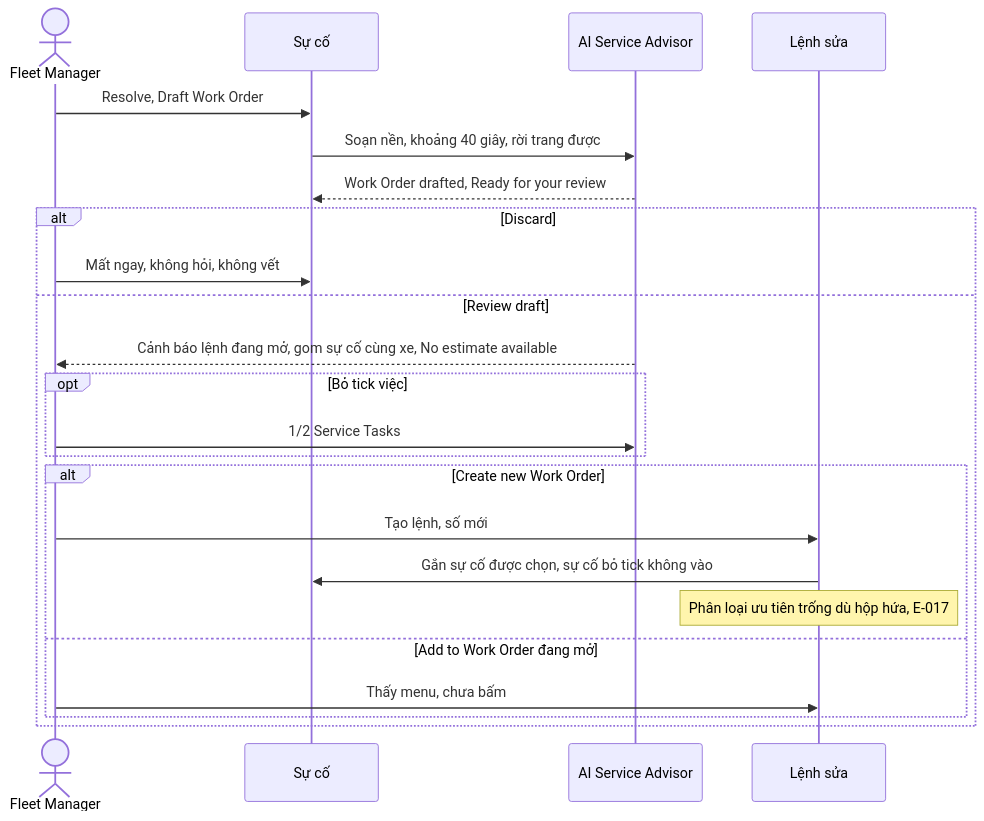
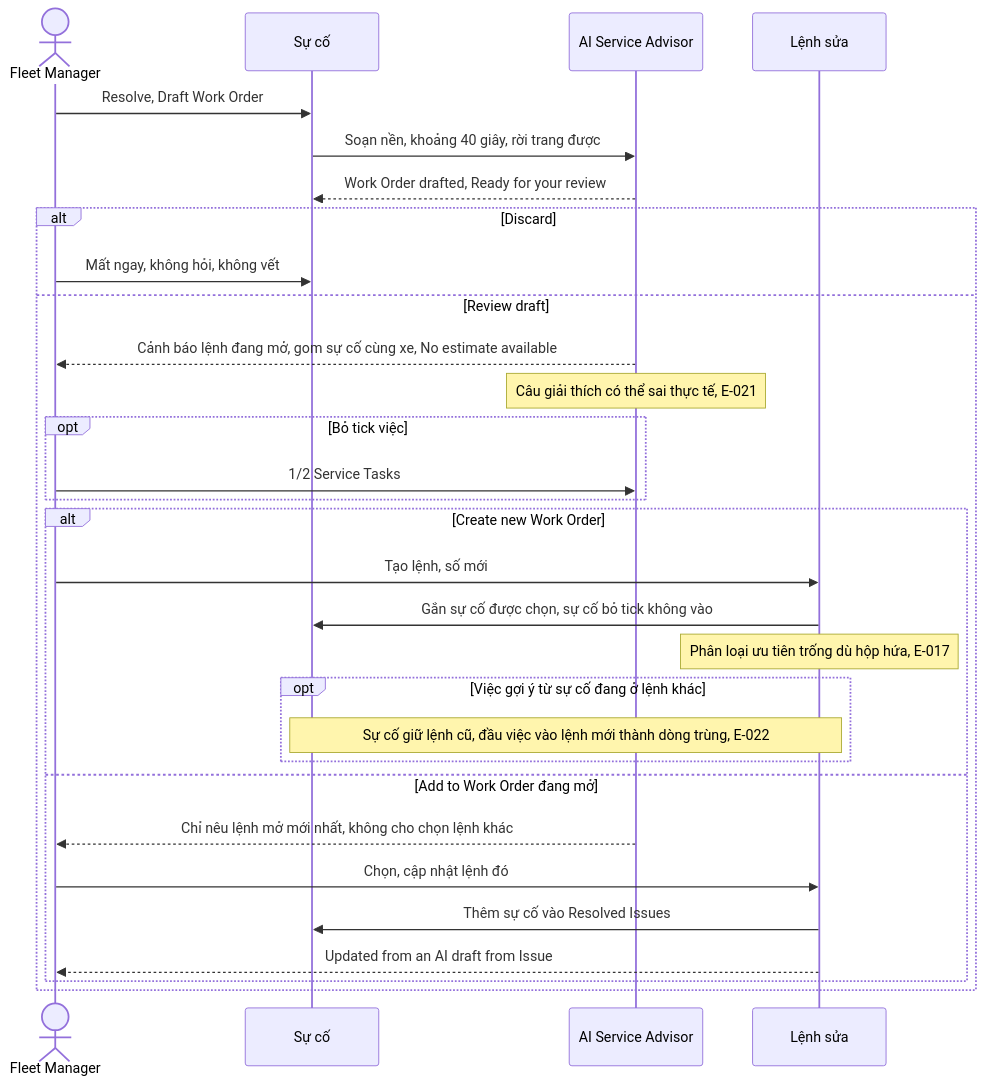
One commit to szitphan/invlogis changed diagram 12 of 25 in docs/_research/fleetio/srs/fleetio-repair-flows.md. Above: the diagram before and after it, drawn with Mermaid. The commit also changed other lines of this file and 113 other files, not shown here.

````diff
--- a/docs/_research/fleetio/srs/fleetio-repair-flows.md
+++ b/docs/_research/fleetio/srs/fleetio-repair-flows.md
@@ -259,25 +275,32 @@
 ```mermaid
 sequenceDiagram
     actor FM as Fleet Manager
     participant I as Sự cố
     participant AI as AI Service Advisor
     participant W as Lệnh sửa
     FM->>I: Resolve, Draft Work Order
     I->>AI: Soạn nền, khoảng 40 giây, rời trang được
     AI-->>I: Work Order drafted, Ready for your review
     alt Discard
         FM->>I: Mất ngay, không hỏi, không vết
     else Review draft
         AI-->>FM: Cảnh báo lệnh đang mở, gom sự cố cùng xe, No estimate available
+        Note over AI: Câu giải thích có thể sai thực tế, E-021
         opt Bỏ tick việc
             FM->>AI: 1/2 Service Tasks
         end
         alt Create new Work Order
             FM->>W: Tạo lệnh, số mới
             W->>I: Gắn sự cố được chọn, sự cố bỏ tick không vào
             Note over W: Phân loại ưu tiên trống dù hộp hứa, E-017
+            opt Việc gợi ý từ sự cố đang ở lệnh khác
+                Note over W,I: Sự cố giữ lệnh cũ, đầu việc vào lệnh mới thành dòng trùng, E-022
+            end
         else Add to Work Order đang mở
-            FM->>W: Thấy menu, chưa bấm
+            AI-->>FM: Chỉ nêu lệnh mở mới nhất, không cho chọn lệnh khác
+            FM->>W: Chọn, cập nhật lệnh đó
+            W->>I: Thêm sự cố vào Resolved Issues
+            W-->>FM: Updated from an AI draft from Issue
         end
     end
 ```
````
